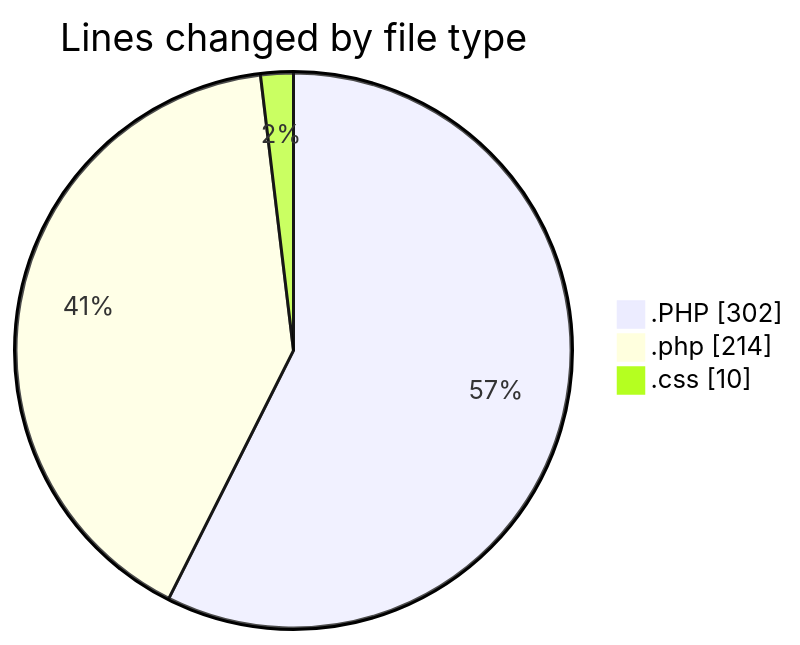
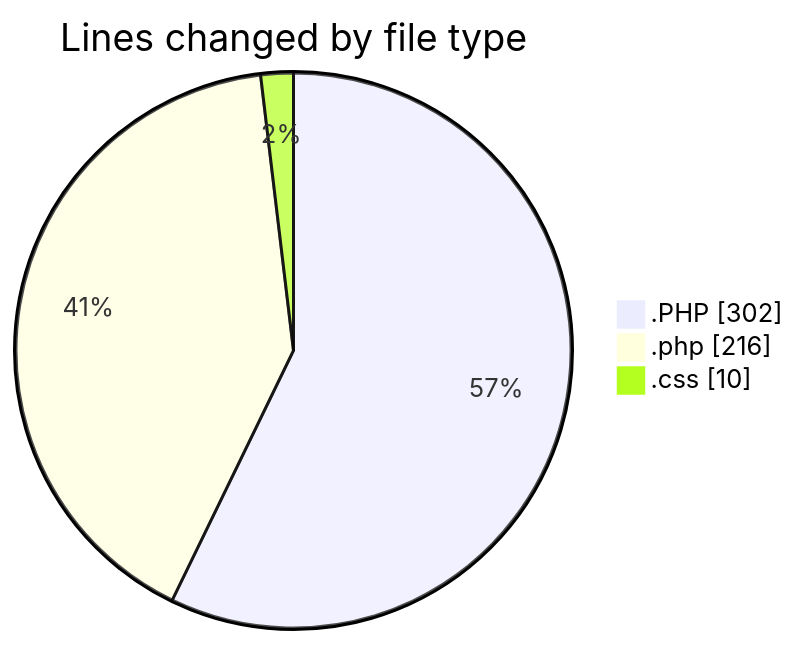
The first of 2 diagrams in 2025-05-15/jogo/README.md (LanceThiago/code-tracking), drawn with Mermaid before and after one commit. The commit also changed other lines of this file and 1 other file, not shown here.

````diff
--- a/2025-05-15/jogo/README.md
+++ b/2025-05-15/jogo/README.md
@@ -22,7 +22,7 @@
 ```mermaid
 pie showData
 title Lines changed by file type
 ".PHP" : 302
-".php" : 214
+".php" : 216
 ".css" : 10
 ```
````
